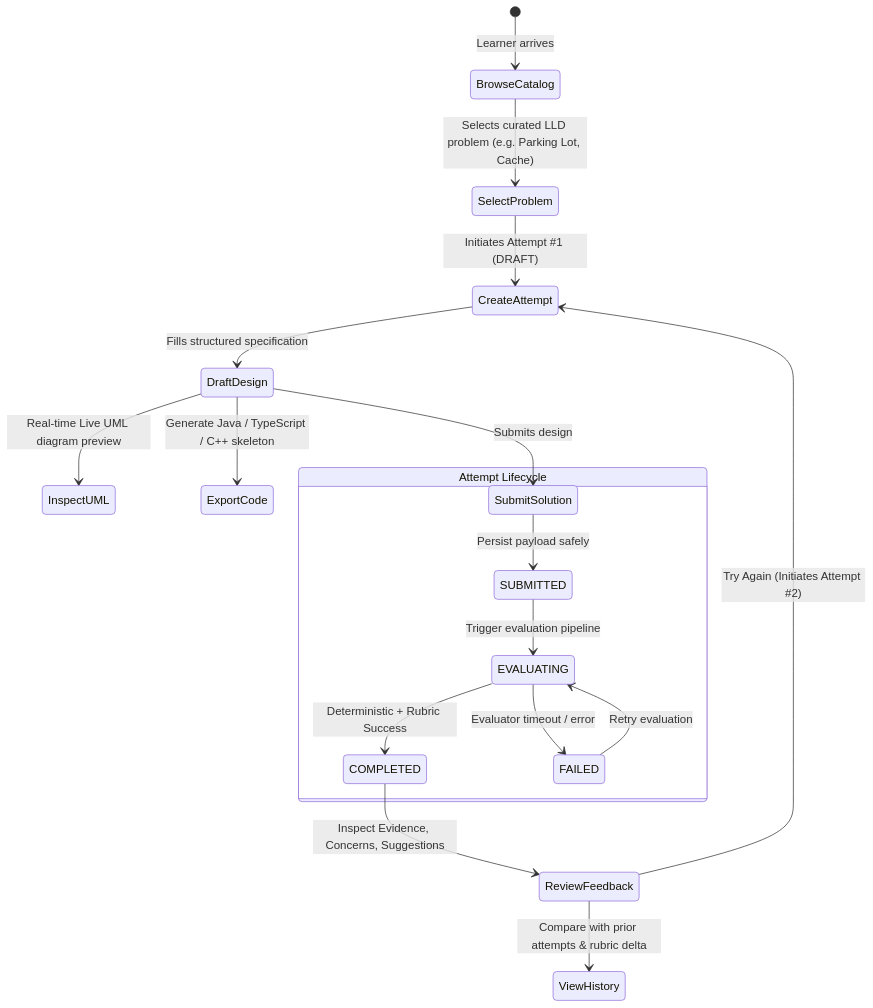
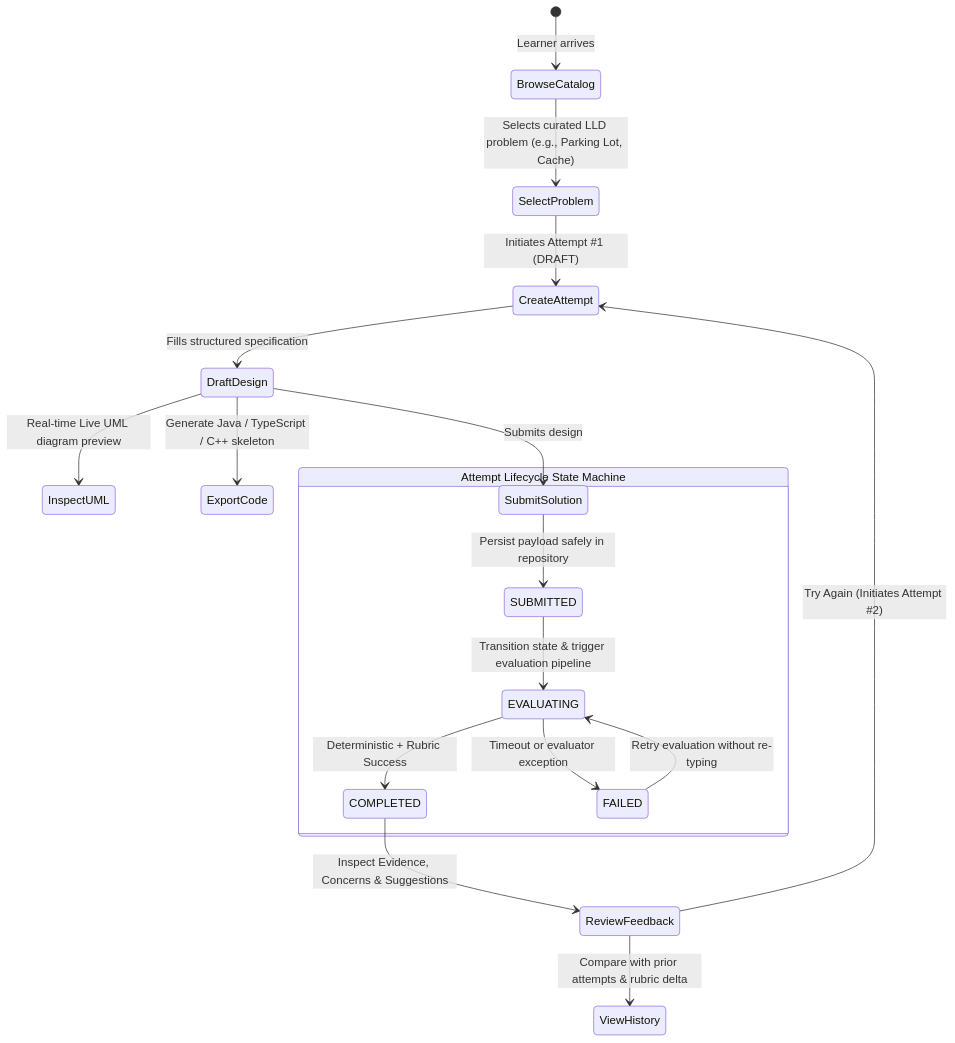
One commit to sachinn-alt/lld-studio changed the first of 3 diagrams in docs/DESIGN_NOTE.md. Above: the diagram before and after it, drawn with Mermaid. The commit also changed other lines of this file and 7 other files, not shown here.

````diff
--- a/docs/DESIGN_NOTE.md
+++ b/docs/DESIGN_NOTE.md
@@ -33,22 +43,22 @@
 ```mermaid
 stateDiagram-v2
     [*] --> BrowseCatalog: Learner arrives
-    BrowseCatalog --> SelectProblem: Selects curated LLD problem (e.g. Parking Lot, Cache)
+    BrowseCatalog --> SelectProblem: Selects curated LLD problem (e.g., Parking Lot, Cache)
     SelectProblem --> CreateAttempt: Initiates Attempt #1 (DRAFT)
     CreateAttempt --> DraftDesign: Fills structured specification
     DraftDesign --> InspectUML: Real-time Live UML diagram preview
     DraftDesign --> ExportCode: Generate Java / TypeScript / C++ skeleton
     DraftDesign --> SubmitSolution: Submits design
     
-    state "Attempt Lifecycle" as AttemptLifecycle {
-        SubmitSolution --> SUBMITTED: Persist payload safely
-        SUBMITTED --> EVALUATING: Trigger evaluation pipeline
+    state "Attempt Lifecycle State Machine" as AttemptLifecycle {
+        SubmitSolution --> SUBMITTED: Persist payload safely in repository
+        SUBMITTED --> EVALUATING: Transition state & trigger evaluation pipeline
         EVALUATING --> COMPLETED: Deterministic + Rubric Success
-        EVALUATING --> FAILED: Evaluator timeout / error
-        FAILED --> EVALUATING: Retry evaluation
+        EVALUATING --> FAILED: Timeout or evaluator exception
+        FAILED --> EVALUATING: Retry evaluation without re-typing
     }
     
-    COMPLETED --> ReviewFeedback: Inspect Evidence, Concerns, Suggestions
+    COMPLETED --> ReviewFeedback: Inspect Evidence, Concerns & Suggestions
     ReviewFeedback --> ViewHistory: Compare with prior attempts & rubric delta
     ReviewFeedback --> CreateAttempt: Try Again (Initiates Attempt #2)
 ```
````
